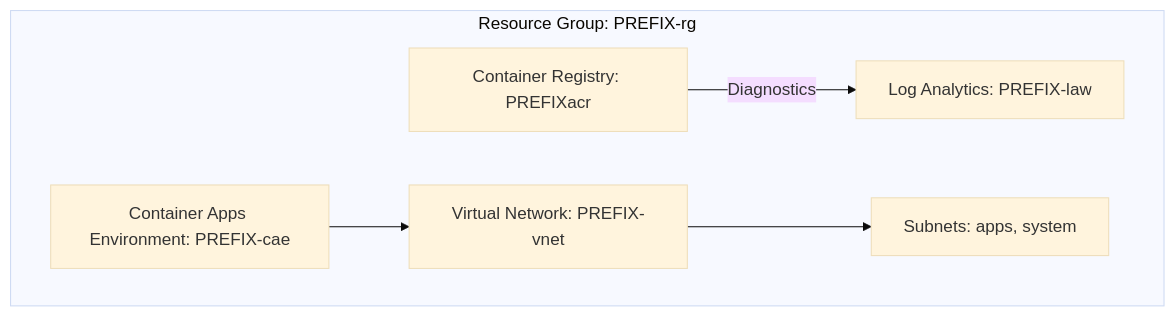
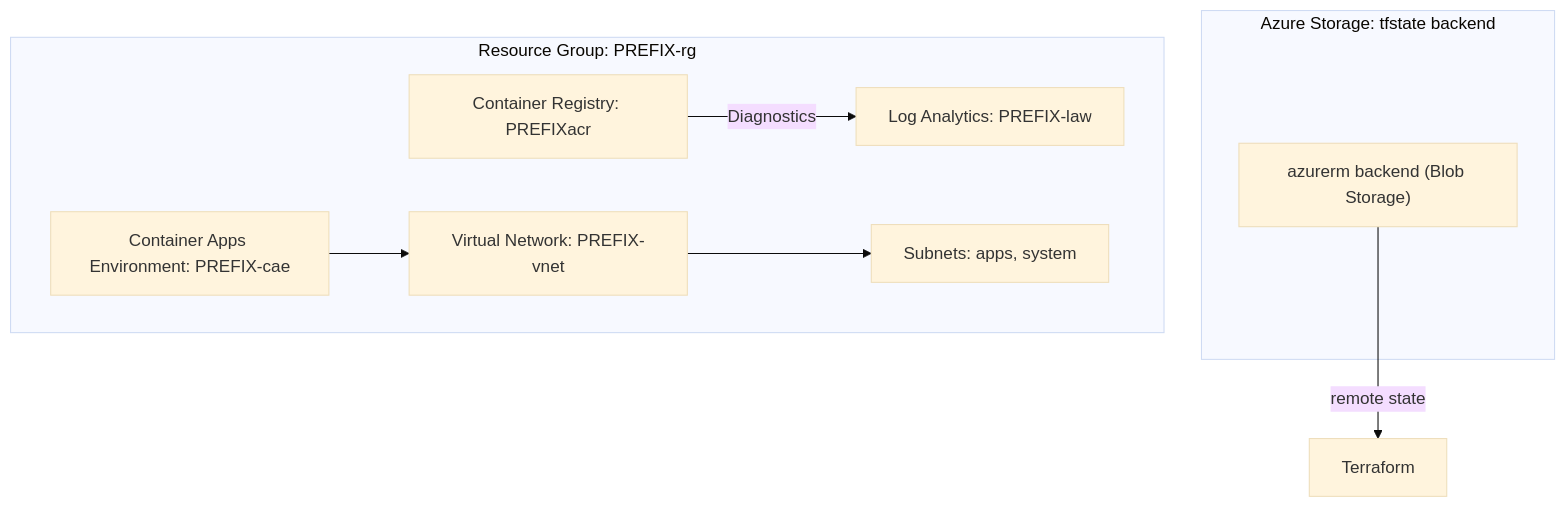
One commit to JT-Engineering-Dev/azure-infra-cicd-starter changed the diagram in README.md. Above: the diagram before and after it, drawn with Mermaid (base theme). The commit also changed other lines of this file and 10 other files, not shown here.

````diff
--- a/README.md
+++ b/README.md
@@ -19,14 +17,19 @@
 ```mermaid
 flowchart TD
+  subgraph TFSTATE["Azure Storage: tfstate backend"]
+    STATE["azurerm backend (Blob Storage)"]
+  end
+
   subgraph RG["Resource Group: PREFIX-rg"]
     VNET["Virtual Network: PREFIX-vnet"]
     SUBS["Subnets: apps, system"]
     LAW["Log Analytics: PREFIX-law"]
     ACR["Container Registry: PREFIXacr"]
     CAE["Container Apps Environment: PREFIX-cae"]
   end
 
+  STATE -->|remote state| Terraform
   ACR -->|Diagnostics| LAW
   VNET --> SUBS
   CAE --> VNET
 ```
````
